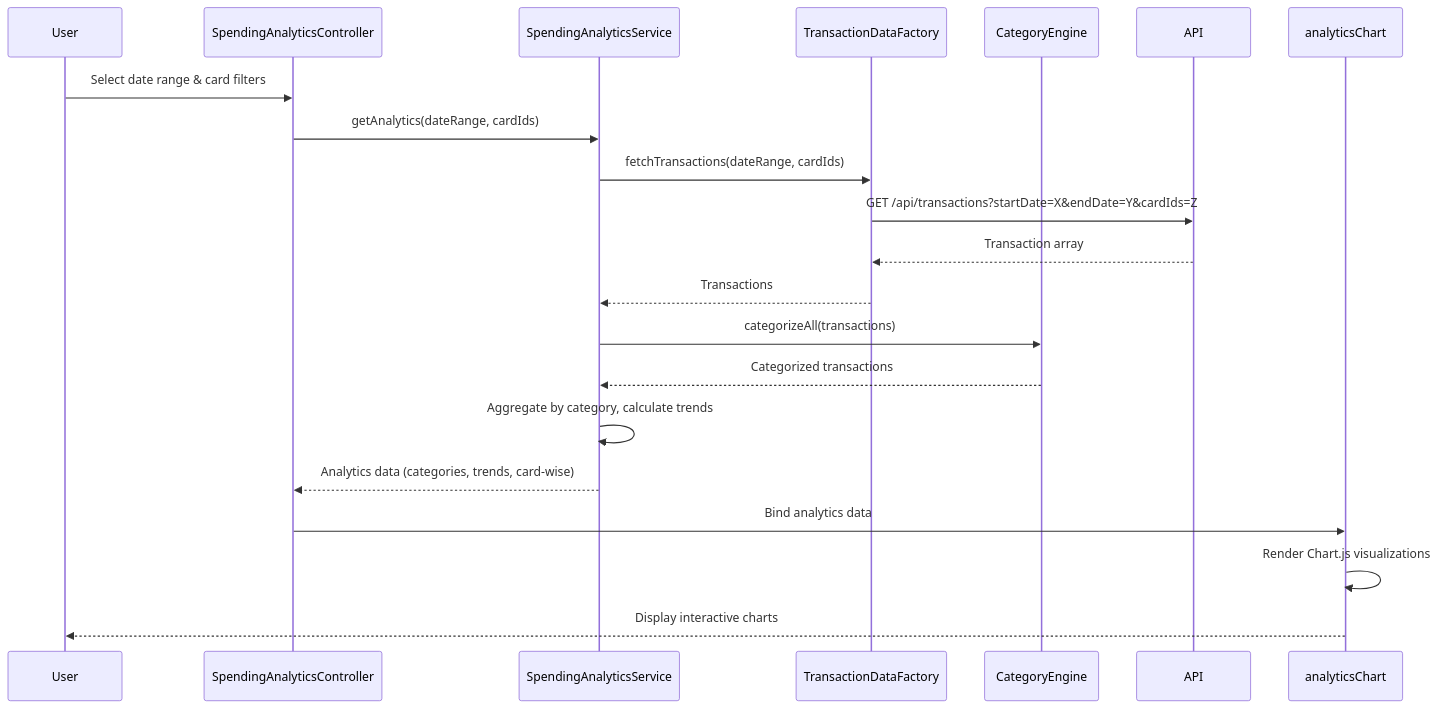
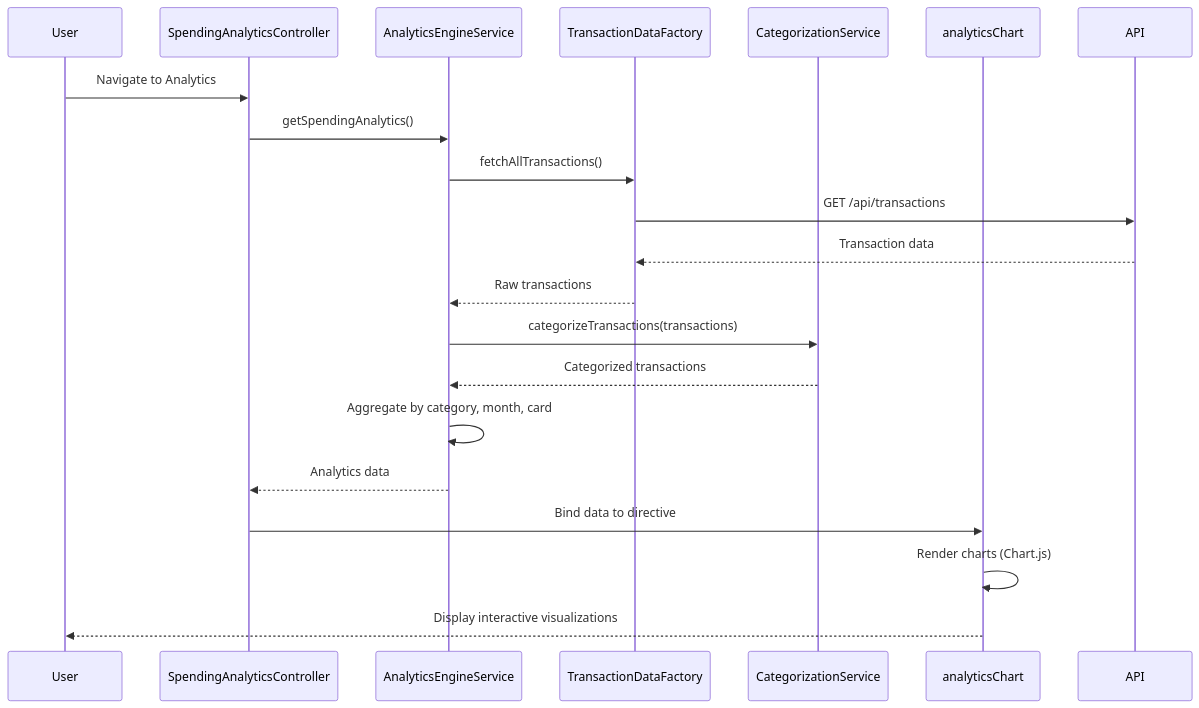
Before and after one commit to AAVA-Demo/APB_Demo: the diagram in LLD/QE-8605_LLD.md, drawn with Mermaid. The commit also changed other lines of this file and 5 other files, not shown here.

````diff
--- a/LLD/QE-8605_LLD.md
+++ b/LLD/QE-8605_LLD.md
@@ -88,24 +94,24 @@
 ```mermaid
 sequenceDiagram
     participant User
     participant SpendingAnalyticsController
-    participant SpendingAnalyticsService
+    participant AnalyticsEngineService
     participant TransactionDataFactory
-    participant CategoryEngine
+    participant CategorizationService
+    participant analyticsChart
     participant API
-    participant analyticsChart
     
-    User->>SpendingAnalyticsController: Select date range & card filters
-    SpendingAnalyticsController->>SpendingAnalyticsService: getAnalytics(dateRange, cardIds)
-    SpendingAnalyticsService->>TransactionDataFactory: fetchTransactions(dateRange, cardIds)
-    TransactionDataFactory->>API: GET /api/transactions?startDate=X&endDate=Y&cardIds=Z
-    API-->>TransactionDataFactory: Transaction array
-    TransactionDataFactory-->>SpendingAnalyticsService: Transactions
-    SpendingAnalyticsService->>CategoryEngine: categorizeAll(transactions)
-    CategoryEngine-->>SpendingAnalyticsService: Categorized transactions
-    SpendingAnalyticsService->>SpendingAnalyticsService: Aggregate by category, calculate trends
-    SpendingAnalyticsService-->>SpendingAnalyticsController: Analytics data (categories, trends, card-wise)
-    SpendingAnalyticsController->>analyticsChart: Bind analytics data
-    analyticsChart->>analyticsChart: Render Chart.js visualizations
-    analyticsChart-->>User: Display interactive charts
+    User->>SpendingAnalyticsController: Navigate to Analytics
+    SpendingAnalyticsController->>AnalyticsEngineService: getSpendingAnalytics()
+    AnalyticsEngineService->>TransactionDataFactory: fetchAllTransactions()
+    TransactionDataFactory->>API: GET /api/transactions
+    API-->>TransactionDataFactory: Transaction data
+    TransactionDataFactory-->>AnalyticsEngineService: Raw transactions
+    AnalyticsEngineService->>CategorizationService: categorizeTransactions(transactions)
+    CategorizationService-->>AnalyticsEngineService: Categorized transactions
+    AnalyticsEngineService->>AnalyticsEngineService: Aggregate by category, month, card
+    AnalyticsEngineService-->>SpendingAnalyticsController: Analytics data
+    SpendingAnalyticsController->>analyticsChart: Bind data to directive
+    analyticsChart->>analyticsChart: Render charts (Chart.js)
+    analyticsChart-->>User: Display interactive visualizations
 ```
````
